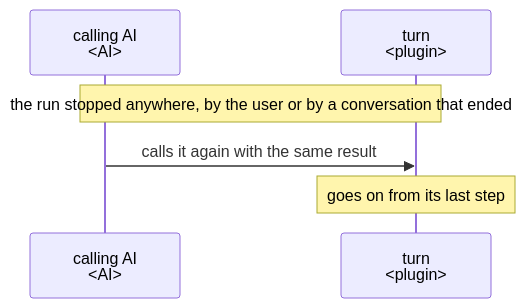
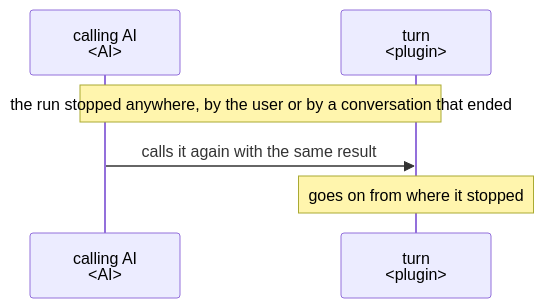
Before and after one commit to lovaizu/ccpm: the fourth of 4 diagrams in dev/turn/ux.md, drawn with Mermaid. The commit also changed other lines of this file and 2 other files, not shown here.

````diff
--- a/dev/turn/ux.md
+++ b/dev/turn/ux.md
@@ -100,8 +97,8 @@
 ```mermaid
 sequenceDiagram
   participant C as calling AI<br/>#lt;AI#gt;
   participant T as turn<br/>#lt;plugin#gt;
   Note over C,T: the run stopped anywhere, by the user or by a conversation that ended
   C->>T: calls it again with the same result
-  Note over T: goes on from its last step
+  Note over T: goes on from where it stopped
 ```
````
